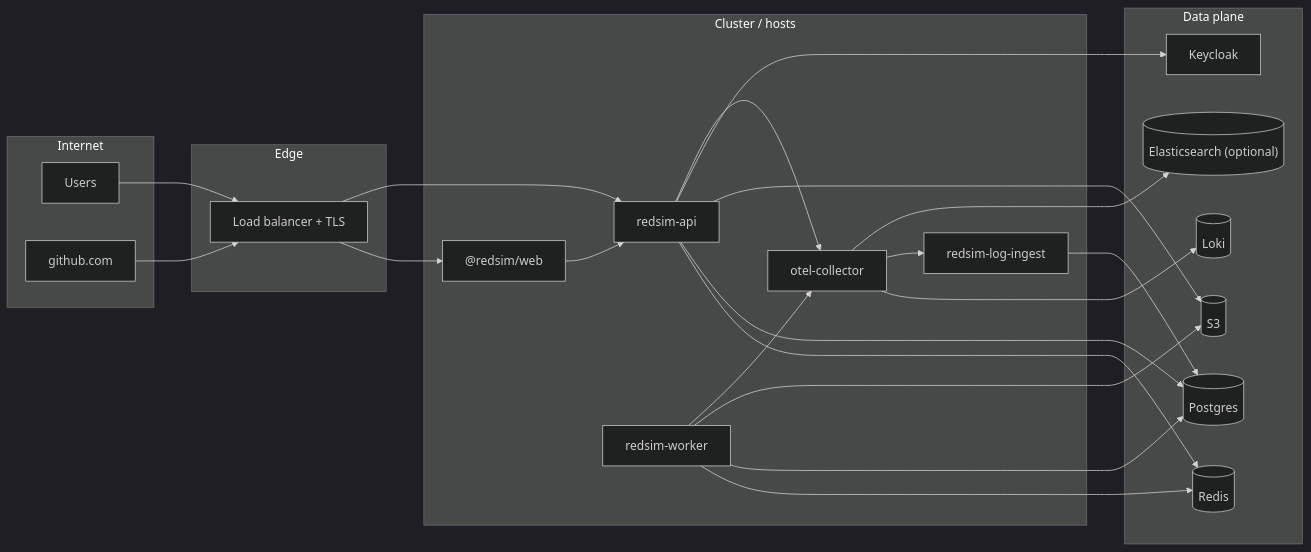
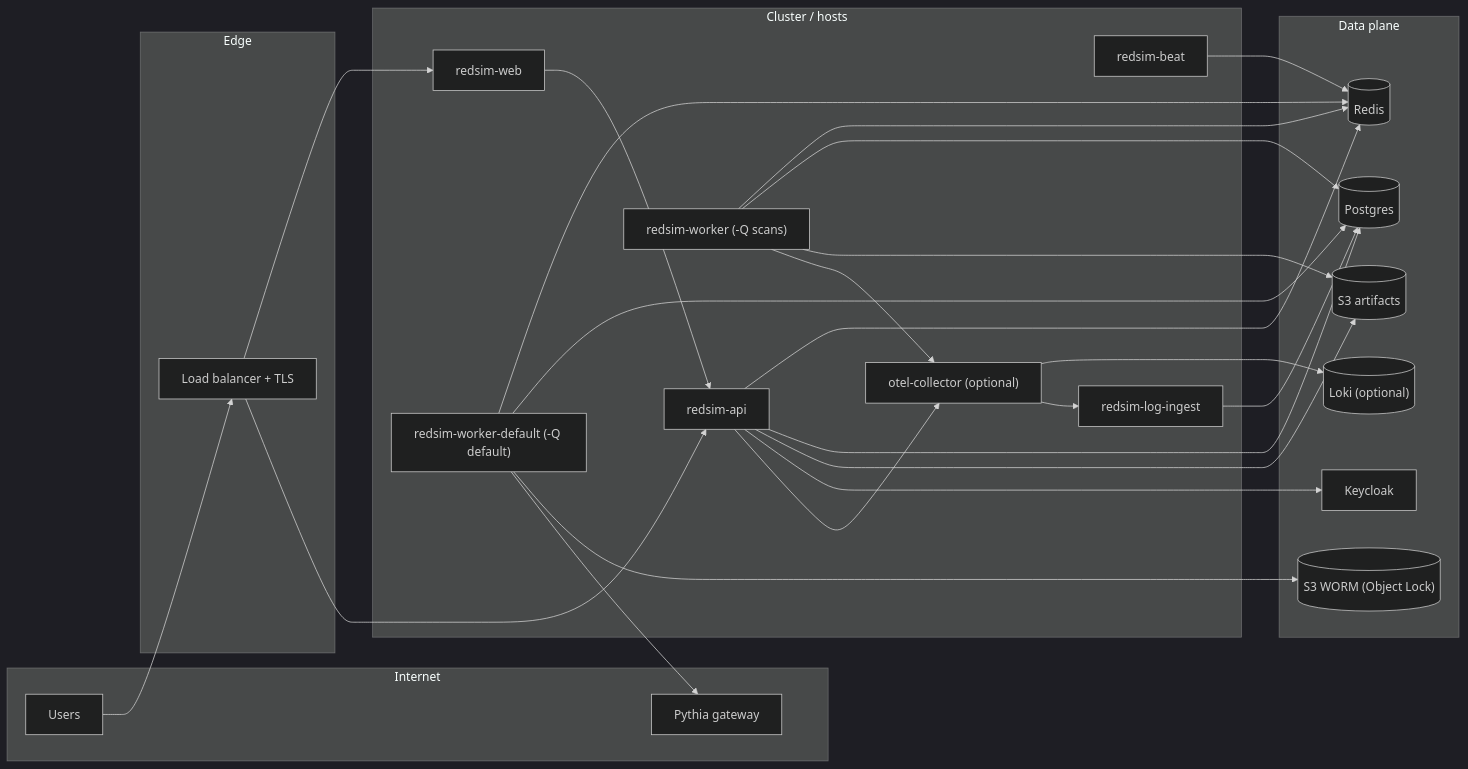
The diagram in docs/ops/deploy.md (IntelliBridge/ndia-red-team-simulator), drawn with Mermaid (dark theme) before and after one commit. The commit also changed other lines of this file and 32 other files, not shown here.

First line of the commit message:
docs: refresh to redsim/P0 truth + Archify architecture diagrams (#20)

````diff
--- a/docs/ops/deploy.md
+++ b/docs/ops/deploy.md
@@ -18,47 +21,52 @@
 ```mermaid
 flowchart LR
   subgraph internet["Internet"]
     users["Users"]
-    ghext["github.com"]
+    pythia["Pythia gateway"]
   end
 
   subgraph edge["Edge"]
     lb["Load balancer + TLS"]
   end
 
   subgraph cluster["Cluster / hosts"]
-    web["@redsim/web"]
+    web["redsim-web"]
     api["redsim-api"]
-    worker["redsim-worker"]
+    worker["redsim-worker (-Q scans)"]
+    workerd["redsim-worker-default (-Q default)"]
+    beat["redsim-beat"]
     li["redsim-log-ingest"]
-    col["otel-collector"]
+    col["otel-collector (optional)"]
   end
 
   subgraph data["Data plane"]
     pg[("Postgres")]
     redis[("Redis")]
-    blob[("S3")]
+    blob[("S3 artifacts")]
+    worm[("S3 WORM (Object Lock)")]
     kc["Keycloak"]
-    loki[("Loki")]
-    es[("Elasticsearch (optional)")]
+    loki[("Loki (optional)")]
   end
 
   users --> lb
-  ghext --> lb
   lb --> web
   lb --> api
   web --> api
   api --> redis
   worker --> redis
+  workerd --> redis
+  beat --> redis
   api --> pg
   worker --> pg
+  workerd --> pg
   api --> blob
   worker --> blob
+  workerd --> worm
   api --> kc
+  workerd --> pythia
   worker --> col
   api --> col
   col --> loki
   col --> li
-  col --> es
   li --> pg
 ```
````
